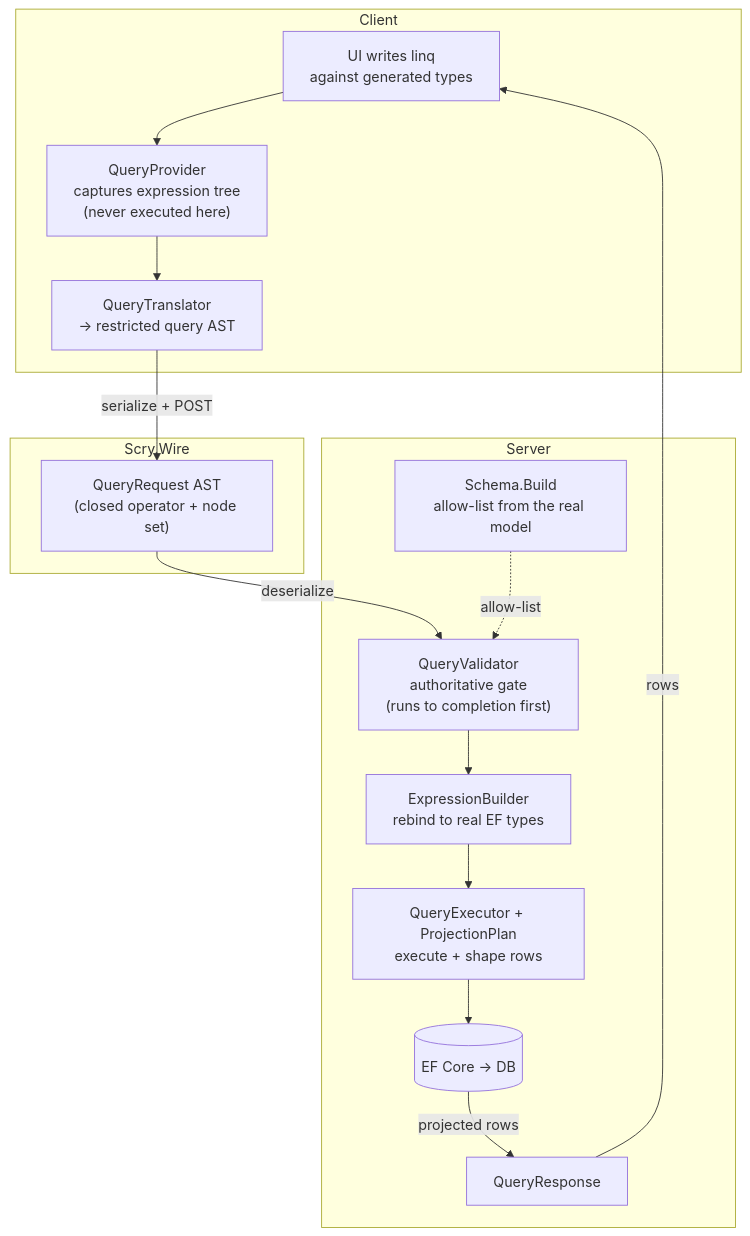
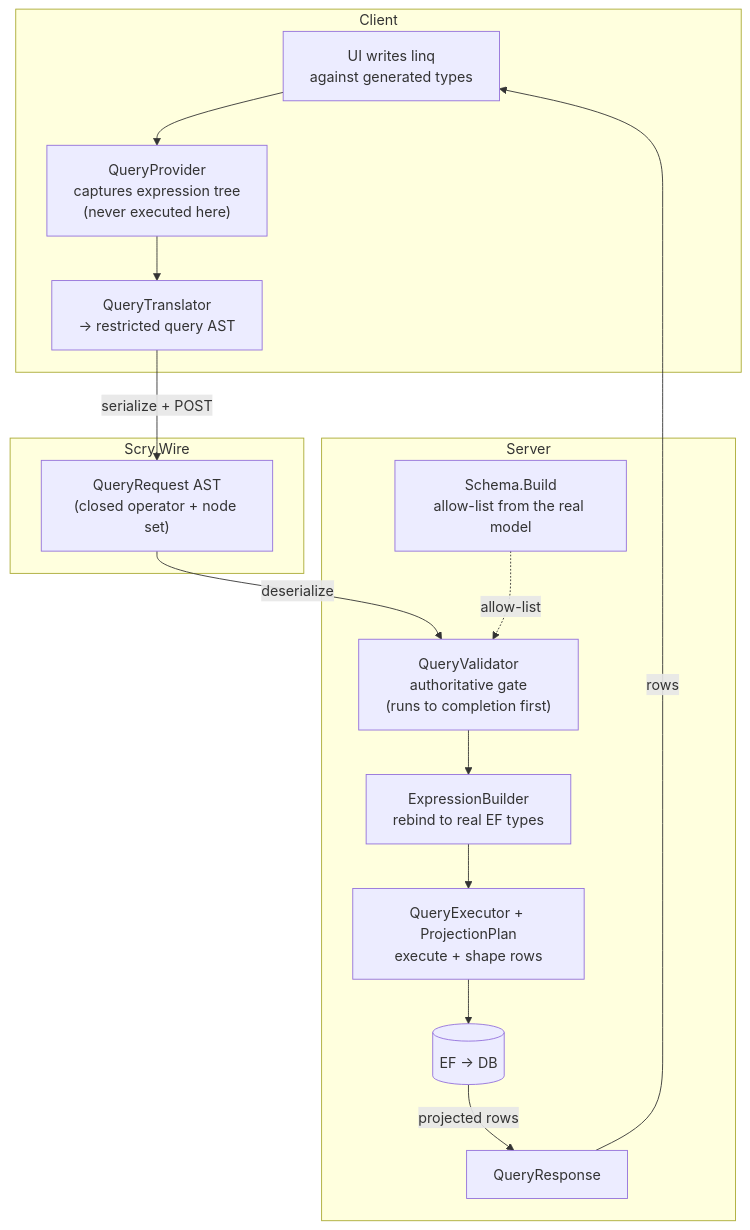
Before and after one commit to Papyrine/Scry: the second of 2 diagrams in readme.md, drawn with Mermaid. The commit also changed other lines of this file, not shown here.

````diff
--- a/readme.md
+++ b/readme.md
@@ -56,29 +56,29 @@
 ```mermaid
 flowchart TB
     subgraph client["Client"]
         LINQ["UI writes linq<br/>against generated types"]
         CAPTURE["QueryProvider<br/>captures expression tree<br/>(never executed here)"]
         TRANS["QueryTranslator<br/>→ restricted query AST"]
         LINQ --> CAPTURE --> TRANS
     end
 
     subgraph wire["Scry.Wire"]
         REQ["QueryRequest AST<br/>(closed operator + node set)"]
     end
 
     subgraph server["Server"]
         SCHEMA["Schema.Build<br/>allow-list from the real model"]
         VALID["QueryValidator<br/>authoritative gate<br/>(runs to completion first)"]
         BUILD["ExpressionBuilder<br/>rebind to real EF types"]
         EXEC["QueryExecutor + ProjectionPlan<br/>execute + shape rows"]
-        DB[("EF Core → DB")]
+        DB[("EF → DB")]
         RESP["QueryResponse"]
         SCHEMA -. "allow-list" .-> VALID
         VALID --> BUILD --> EXEC --> DB
         DB -- "projected rows" --> RESP
     end
 
     TRANS -- "serialize + POST" --> REQ
     REQ -- "deserialize" --> VALID
     RESP -- "rows" --> LINQ
 ```
````
